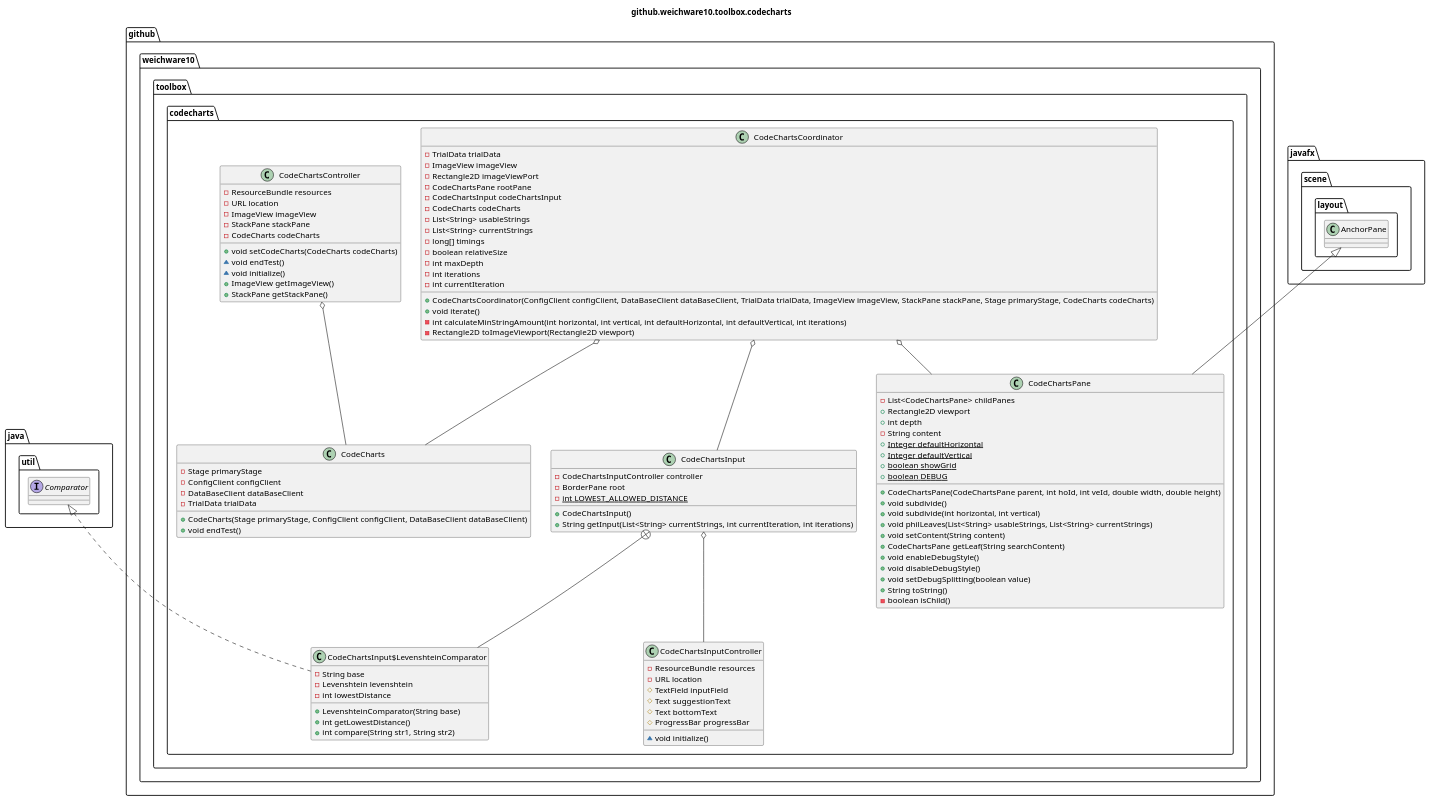
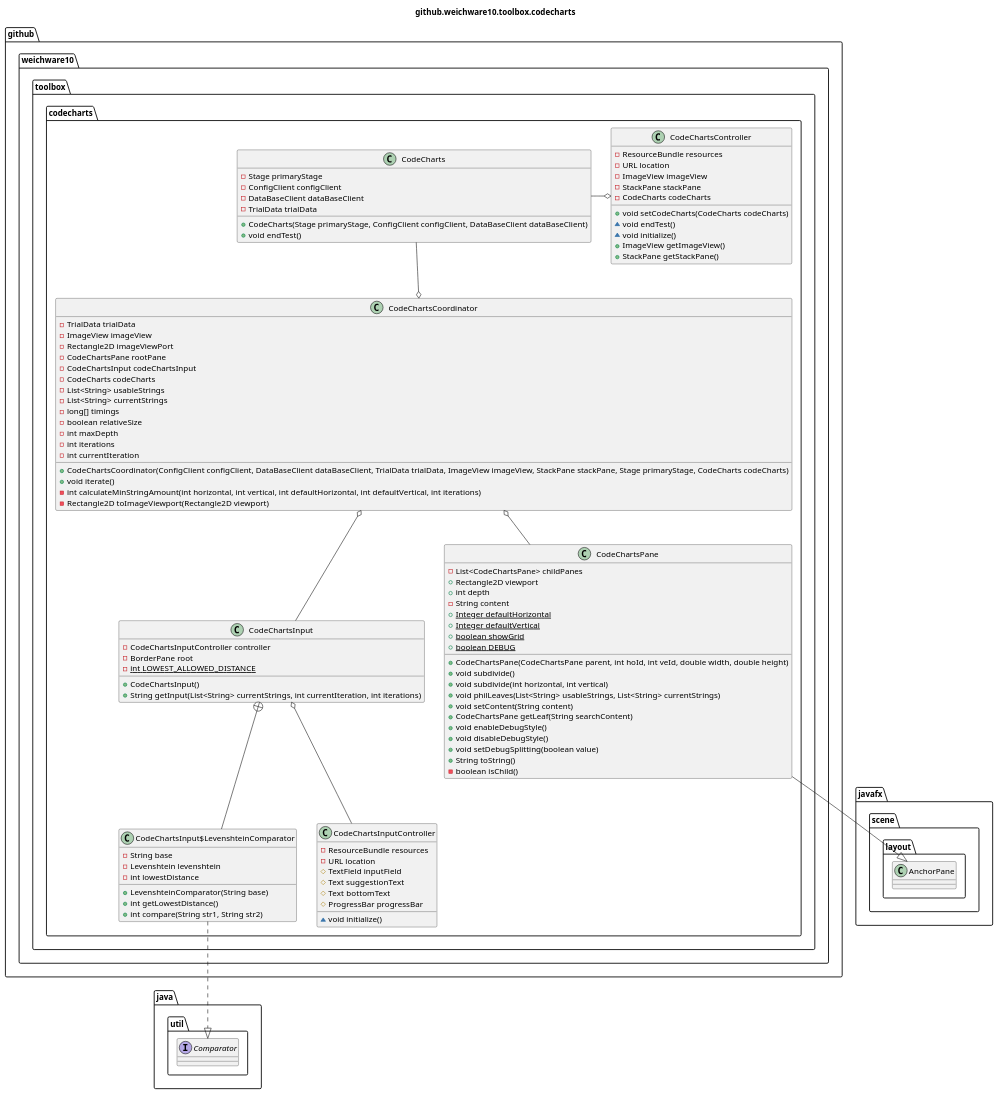
One commit to weichware-10/dokumente changed the diagram in uml-class/toolbox/codecharts/github.weichware10.toolbox.codecharts.puml. Above: the diagram before and after it, drawn with PlantUML.

Commit message:
[fix] Anordnung Class Diagram

```diff
--- a/uml-class/toolbox/codecharts/github.weichware10.toolbox.codecharts.puml
+++ b/uml-class/toolbox/codecharts/github.weichware10.toolbox.codecharts.puml
@@ -1,148 +1,148 @@
 @startuml github.weichware10.toolbox.codecharts
 title github.weichware10.toolbox.codecharts
 
 package github.weichware10.toolbox.codecharts {
 
     ' -=- classes (github.weichware10.toolbox.codecharts) -=-
     class github.weichware10.toolbox.codecharts.CodeCharts {
         ' --- values (github.weichware10.toolbox.codecharts.CodeCharts) ---
 
         ' --- fields (github.weichware10.toolbox.codecharts.CodeCharts) ---
         - Stage primaryStage
         - ConfigClient configClient
         - DataBaseClient dataBaseClient
         - TrialData trialData
 
         ' --- methods (github.weichware10.toolbox.codecharts.CodeCharts) ---
         +  CodeCharts(Stage primaryStage, ConfigClient configClient, DataBaseClient dataBaseClient)
         + void endTest()
     }
 
     class github.weichware10.toolbox.codecharts.CodeChartsController {
         ' --- values (github.weichware10.toolbox.codecharts.CodeChartsController) ---
 
         ' --- fields (github.weichware10.toolbox.codecharts.CodeChartsController) ---
         - ResourceBundle resources
         - URL location
         - ImageView imageView
         - StackPane stackPane
         - CodeCharts codeCharts
 
         ' --- methods (github.weichware10.toolbox.codecharts.CodeChartsController) ---
         + void setCodeCharts(CodeCharts codeCharts)
         ~ void endTest()
         ~ void initialize()
         + ImageView getImageView()
         + StackPane getStackPane()
     }
 
     class github.weichware10.toolbox.codecharts.CodeChartsCoordinator {
         ' --- values (github.weichware10.toolbox.codecharts.CodeChartsCoordinator) ---
 
         ' --- fields (github.weichware10.toolbox.codecharts.CodeChartsCoordinator) ---
         - TrialData trialData
         - ImageView imageView
         - Rectangle2D imageViewPort
         - CodeChartsPane rootPane
         - CodeChartsInput codeChartsInput
         - CodeCharts codeCharts
         - List<String> usableStrings
         - List<String> currentStrings
         - long[] timings
         - boolean relativeSize
         - int maxDepth
         - int iterations
         - int currentIteration
 
         ' --- methods (github.weichware10.toolbox.codecharts.CodeChartsCoordinator) ---
         +  CodeChartsCoordinator(ConfigClient configClient, DataBaseClient dataBaseClient, TrialData trialData, ImageView imageView, StackPane stackPane, Stage primaryStage, CodeCharts codeCharts)
         + void iterate()
         - int calculateMinStringAmount(int horizontal, int vertical, int defaultHorizontal, int defaultVertical, int iterations)
         - Rectangle2D toImageViewport(Rectangle2D viewport)
     }
 
     class github.weichware10.toolbox.codecharts.CodeChartsInput {
         ' --- values (github.weichware10.toolbox.codecharts.CodeChartsInput) ---
 
         ' --- fields (github.weichware10.toolbox.codecharts.CodeChartsInput) ---
         - CodeChartsInputController controller
         - BorderPane root
         {static}- int LOWEST_ALLOWED_DISTANCE
 
         ' --- methods (github.weichware10.toolbox.codecharts.CodeChartsInput) ---
         +  CodeChartsInput()
         + String getInput(List<String> currentStrings, int currentIteration, int iterations)
     }
     class github.weichware10.toolbox.codecharts.CodeChartsInput$LevenshteinComparator {
         ' --- values (github.weichware10.toolbox.codecharts.CodeChartsInput$LevenshteinComparator) ---
 
         ' --- fields (github.weichware10.toolbox.codecharts.CodeChartsInput$LevenshteinComparator) ---
         - String base
         - Levenshtein levenshtein
         - int lowestDistance
 
         ' --- methods (github.weichware10.toolbox.codecharts.CodeChartsInput$LevenshteinComparator) ---
         +  LevenshteinComparator(String base)
         + int getLowestDistance()
         + int compare(String str1, String str2)
     }
     github.weichware10.toolbox.codecharts.CodeChartsInput +-- github.weichware10.toolbox.codecharts.CodeChartsInput$LevenshteinComparator
 
     class github.weichware10.toolbox.codecharts.CodeChartsInputController {
         ' --- values (github.weichware10.toolbox.codecharts.CodeChartsInputController) ---
 
         ' --- fields (github.weichware10.toolbox.codecharts.CodeChartsInputController) ---
         - ResourceBundle resources
         - URL location
         # TextField inputField
         # Text suggestionText
         # Text bottomText
         # ProgressBar progressBar
 
         ' --- methods (github.weichware10.toolbox.codecharts.CodeChartsInputController) ---
         ~ void initialize()
     }
 
     class github.weichware10.toolbox.codecharts.CodeChartsPane {
         ' --- values (github.weichware10.toolbox.codecharts.CodeChartsPane) ---
 
         ' --- fields (github.weichware10.toolbox.codecharts.CodeChartsPane) ---
         - List<CodeChartsPane> childPanes
         + Rectangle2D viewport
         + int depth
         - String content
         {static}+ Integer defaultHorizontal
         {static}+ Integer defaultVertical
         {static}+ boolean showGrid
         {static}+ boolean DEBUG
 
         ' --- methods (github.weichware10.toolbox.codecharts.CodeChartsPane) ---
         +  CodeChartsPane(CodeChartsPane parent, int hoId, int veId, double width, double height)
         + void subdivide()
         + void subdivide(int horizontal, int vertical)
         + void philLeaves(List<String> usableStrings, List<String> currentStrings)
         + void setContent(String content)
         + CodeChartsPane getLeaf(String searchContent)
         + void enableDebugStyle()
         + void disableDebugStyle()
         + void setDebugSplitting(boolean value)
         + String toString()
         - boolean isChild()
     }
 
 }
 
 ' autogenerated field links, may be faulty.
-github.weichware10.toolbox.codecharts.CodeChartsController o-- github.weichware10.toolbox.codecharts.CodeCharts
+github.weichware10.toolbox.codecharts.CodeChartsController o-l- github.weichware10.toolbox.codecharts.CodeCharts
 github.weichware10.toolbox.codecharts.CodeChartsCoordinator o-- github.weichware10.toolbox.codecharts.CodeChartsPane
 github.weichware10.toolbox.codecharts.CodeChartsCoordinator o-- github.weichware10.toolbox.codecharts.CodeChartsInput
-github.weichware10.toolbox.codecharts.CodeChartsCoordinator o-- github.weichware10.toolbox.codecharts.CodeCharts
+github.weichware10.toolbox.codecharts.CodeChartsCoordinator o-u- github.weichware10.toolbox.codecharts.CodeCharts
 github.weichware10.toolbox.codecharts.CodeChartsInput o-- github.weichware10.toolbox.codecharts.CodeChartsInputController
 
 ' autogenerated inheritances, may be faulty.
 interface java.util.Comparator
-java.util.Comparator <|.. github.weichware10.toolbox.codecharts.CodeChartsInput$LevenshteinComparator
+java.util.Comparator <|.u. github.weichware10.toolbox.codecharts.CodeChartsInput$LevenshteinComparator
 class javafx.scene.layout.AnchorPane
-javafx.scene.layout.AnchorPane <|-- github.weichware10.toolbox.codecharts.CodeChartsPane
+javafx.scene.layout.AnchorPane <|-u- github.weichware10.toolbox.codecharts.CodeChartsPane
 
 @enduml
```
